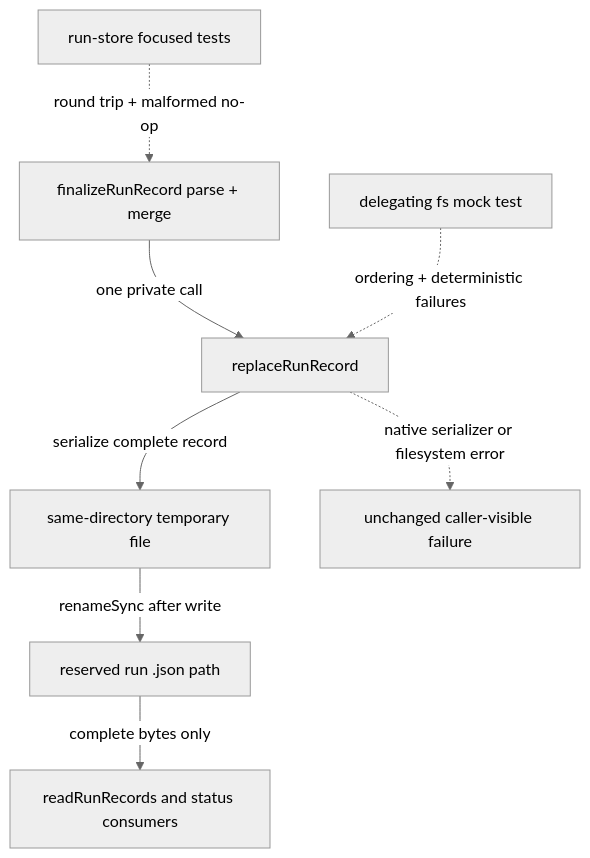
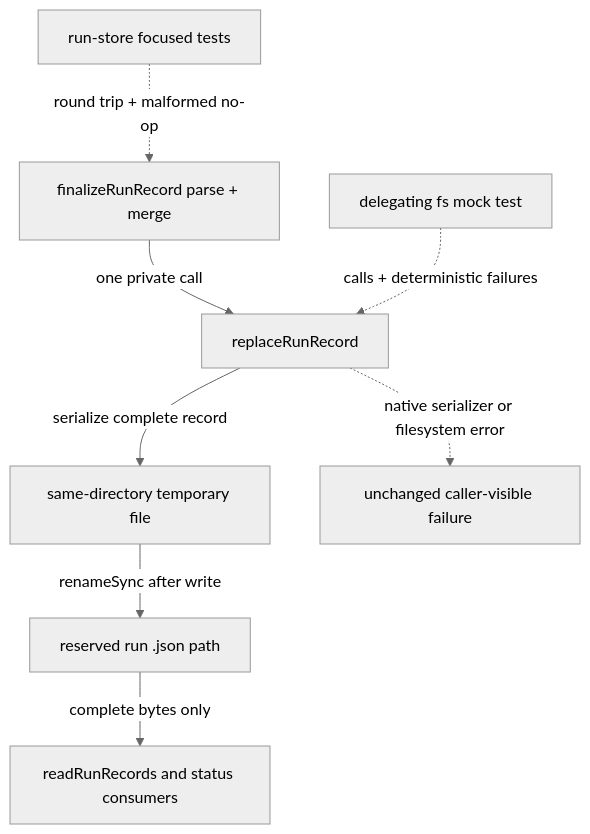
Before and after one commit to eventbalancer/agent-quorum: the diagram in benchmarks/planning/smoke/high-revise-judge-ready.plan.md, drawn with Mermaid (neutral theme). The commit also changed other lines of this file and 2 other files, not shown here.

````diff
--- a/benchmarks/planning/smoke/high-revise-judge-ready.plan.md
+++ b/benchmarks/planning/smoke/high-revise-judge-ready.plan.md
@@ -155,10 +156,10 @@
 ```mermaid
 flowchart TD
   A["finalizeRunRecord parse + merge"] -->|"one private call"| B["replaceRunRecord"]
   B -->|"serialize complete record"| C["same-directory temporary file"]
   C -->|"renameSync after write"| D["reserved run .json path"]
   D -->|"complete bytes only"| E["readRunRecords and status consumers"]
   B -.->|"native serializer or filesystem error"| H["unchanged caller-visible failure"]
   F["run-store focused tests"] -.->|"round trip + malformed no-op"| A
-  G["delegating fs mock test"] -.->|"ordering + deterministic failures"| B
+  G["delegating fs mock test"] -.->|"calls + deterministic failures"| B
 ```
````
